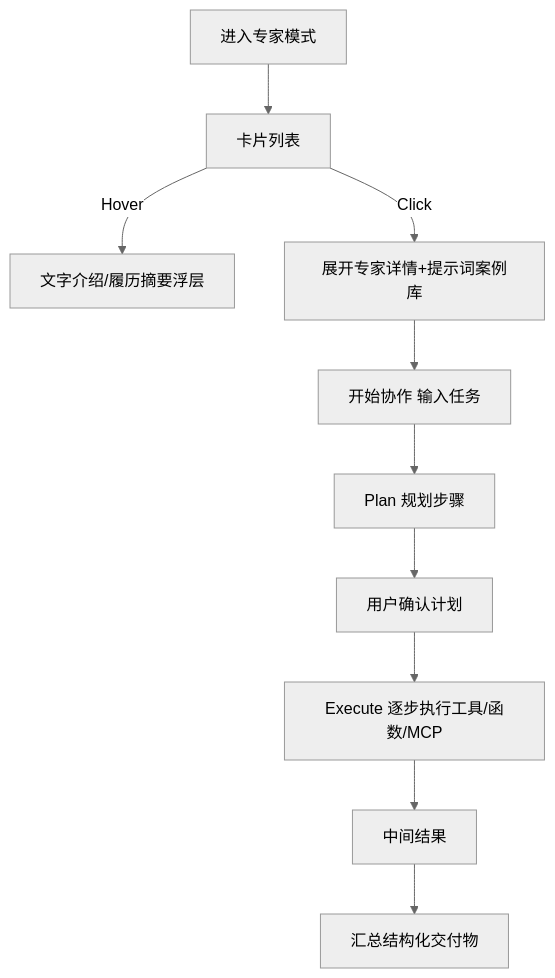
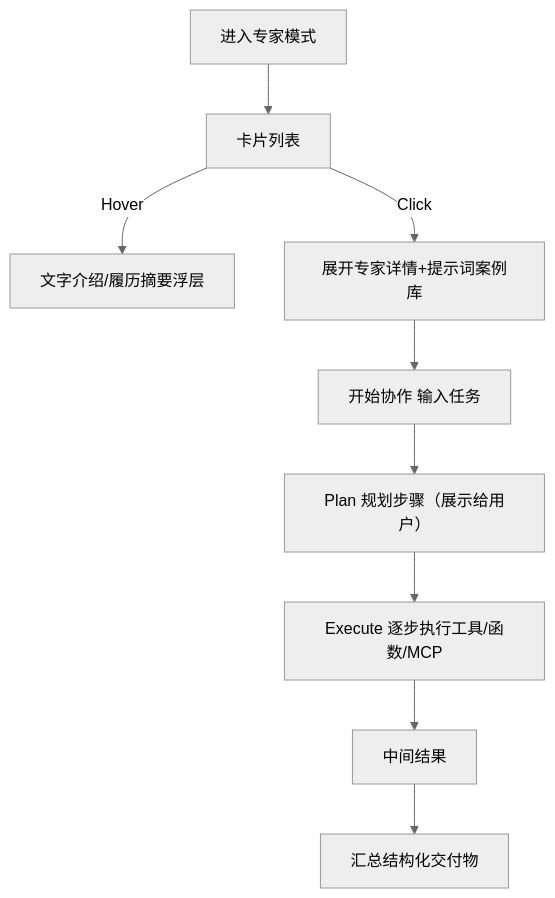
One commit to fri555/PORTL changed diagram 12 of 12 in docs/需求文档/20260709-【PRD】AI工作台-首页智能体-天马智擎.md. Above: the diagram before and after it, drawn with Mermaid (neutral theme). The commit also changed other lines of this file, not shown here.

````diff
--- a/docs/需求文档/20260709-【PRD】AI工作台-首页智能体-天马智擎.md
+++ b/docs/需求文档/20260709-【PRD】AI工作台-首页智能体-天马智擎.md
@@ -1214,12 +1263,11 @@
 ```mermaid
 flowchart TD
     A["进入专家模式"] --> B["卡片列表"]
     B -->|"Hover"| C["文字介绍/履历摘要浮层"]
     B -->|"Click"| D["展开专家详情+提示词案例库"]
     D --> E["开始协作 输入任务"]
-    E --> F["Plan 规划步骤"]
-    F --> G["用户确认计划"]
-    G --> H["Execute 逐步执行工具/函数/MCP"]
+    E --> F["Plan 规划步骤（展示给用户）"]
+    F --> H["Execute 逐步执行工具/函数/MCP"]
     H --> I["中间结果"]
     I --> J["汇总结构化交付物"]
 ```
````
